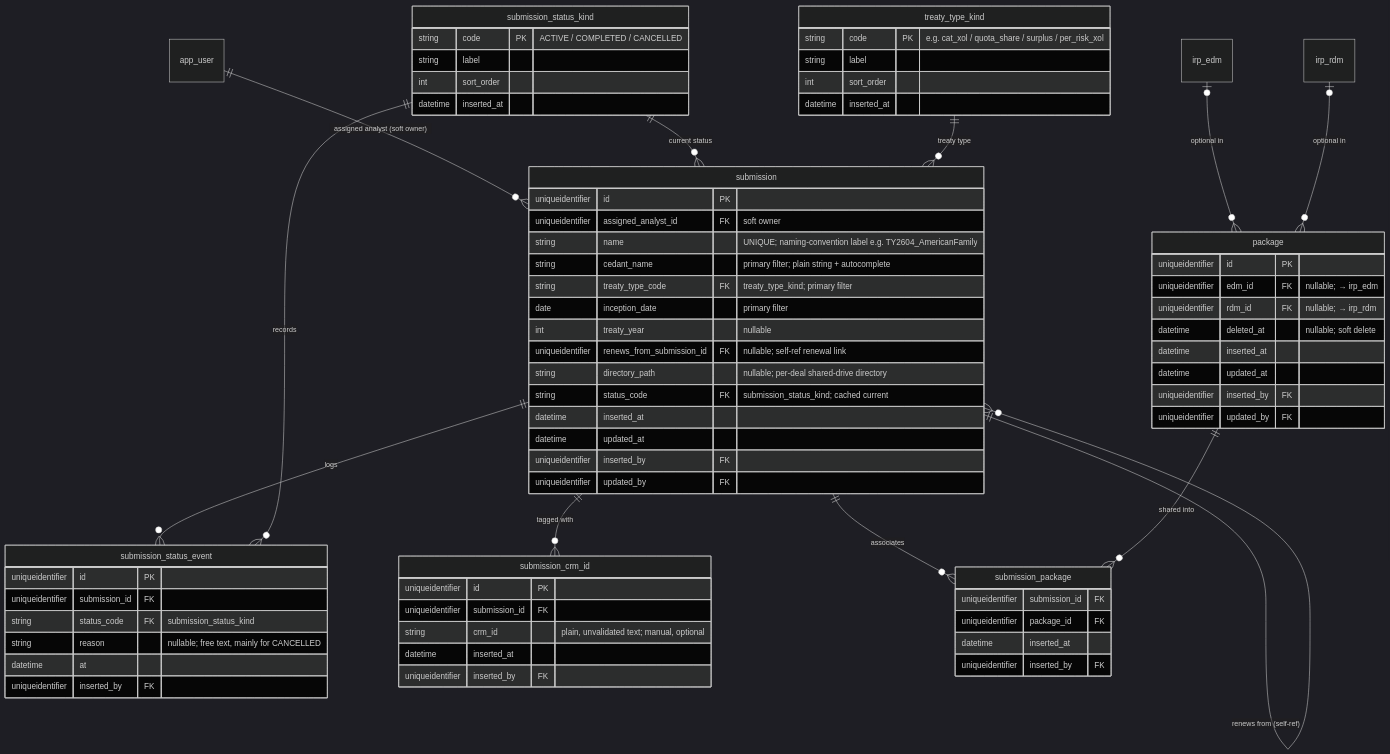
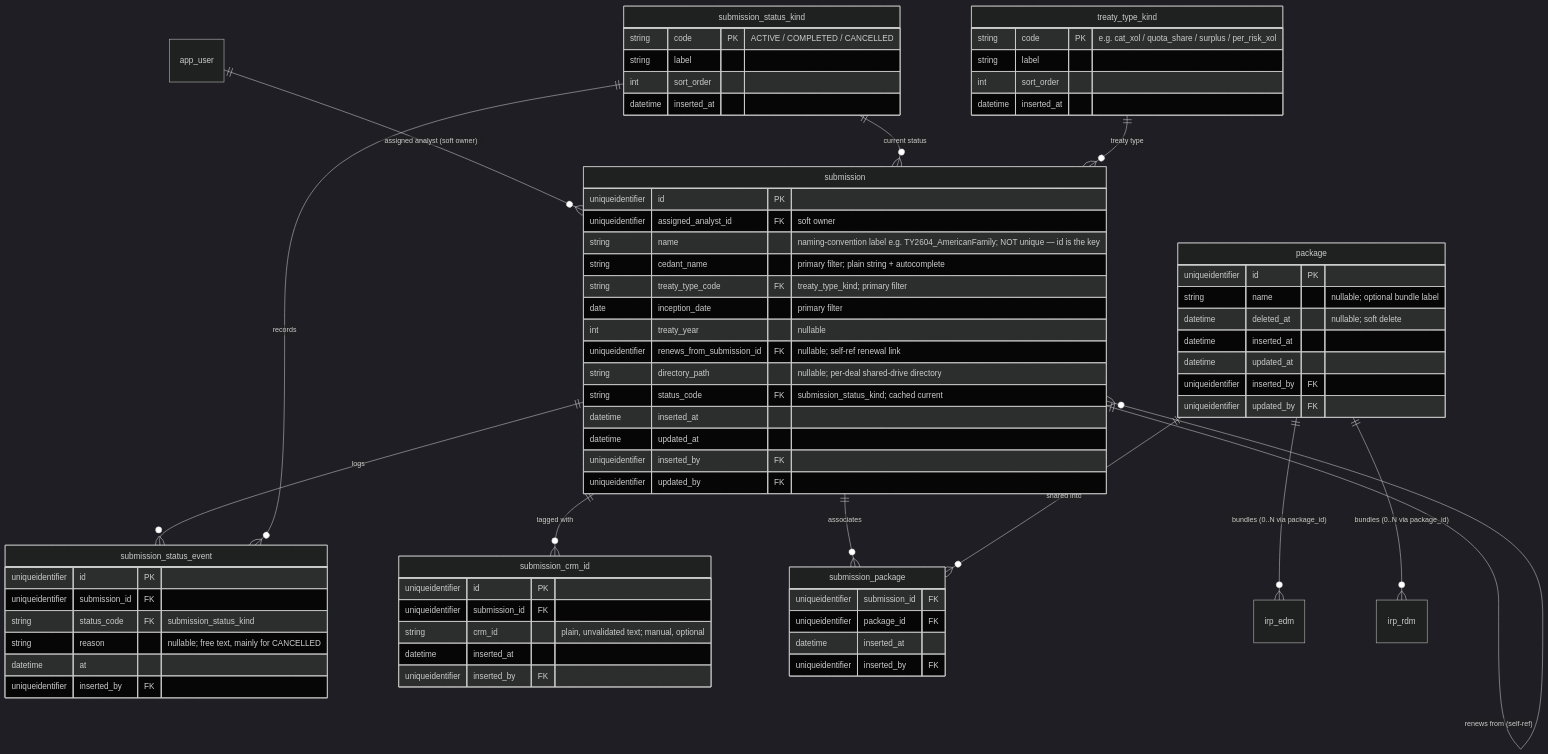
Before and after one commit to anilvenugopal/risk-workbench: the second of 9 diagrams in docs/DATA_MODEL.md, drawn with Mermaid (dark theme). The commit also changed other lines of this file and 2 other files, not shown here.

````diff
--- a/docs/DATA_MODEL.md
+++ b/docs/DATA_MODEL.md
@@ -88,74 +90,73 @@
 ```mermaid
 erDiagram
   app_user ||--o{ submission : "assigned analyst (soft owner)"
   submission ||--o{ submission_status_event : logs
   submission ||--o{ submission_crm_id : "tagged with"
   submission_status_kind ||--o{ submission : "current status"
   submission_status_kind ||--o{ submission_status_event : records
   treaty_type_kind ||--o{ submission : "treaty type"
   submission ||--o{ submission : "renews from (self-ref)"
   submission ||--o{ submission_package : associates
   package ||--o{ submission_package : "shared into"
-  irp_edm |o--o{ package : "optional in"
-  irp_rdm |o--o{ package : "optional in"
+  package ||--o{ irp_edm : "bundles (0..N via package_id)"
+  package ||--o{ irp_rdm : "bundles (0..N via package_id)"
 
   submission {
     uniqueidentifier id PK
     uniqueidentifier assigned_analyst_id FK "soft owner"
-    string name "UNIQUE; naming-convention label e.g. TY2604_AmericanFamily"
+    string name "naming-convention label e.g. TY2604_AmericanFamily; NOT unique — id is the key"
     string cedant_name "primary filter; plain string + autocomplete"
     string treaty_type_code FK "treaty_type_kind; primary filter"
     date inception_date "primary filter"
     int treaty_year "nullable"
     uniqueidentifier renews_from_submission_id FK "nullable; self-ref renewal link"
     string directory_path "nullable; per-deal shared-drive directory"
     string status_code FK "submission_status_kind; cached current"
     datetime inserted_at
     datetime updated_at
     uniqueidentifier inserted_by FK
     uniqueidentifier updated_by FK
   }
   submission_crm_id {
     uniqueidentifier id PK
     uniqueidentifier submission_id FK
     string crm_id "plain, unvalidated text; manual, optional"
     datetime inserted_at
     uniqueidentifier inserted_by FK
   }
   treaty_type_kind {
     string code PK "e.g. cat_xol / quota_share / surplus / per_risk_xol"
     string label
     int sort_order
     datetime inserted_at
   }
   submission_status_kind {
     string code PK "ACTIVE / COMPLETED / CANCELLED"
     string label
     int sort_order
     datetime inserted_at
   }
   submission_status_event {
     uniqueidentifier id PK
     uniqueidentifier submission_id FK
     string status_code FK "submission_status_kind"
     string reason "nullable; free text, mainly for CANCELLED"
     datetime at
     uniqueidentifier inserted_by FK
   }
   submission_package {
     uniqueidentifier submission_id FK
     uniqueidentifier package_id FK
     datetime inserted_at
     uniqueidentifier inserted_by FK
   }
   package {
     uniqueidentifier id PK
-    uniqueidentifier edm_id FK "nullable; → irp_edm"
-    uniqueidentifier rdm_id FK "nullable; → irp_rdm"
+    string name "nullable; optional bundle label"
     datetime deleted_at "nullable; soft delete"
     datetime inserted_at
     datetime updated_at
     uniqueidentifier inserted_by FK
     uniqueidentifier updated_by FK
   }
 ```
````
